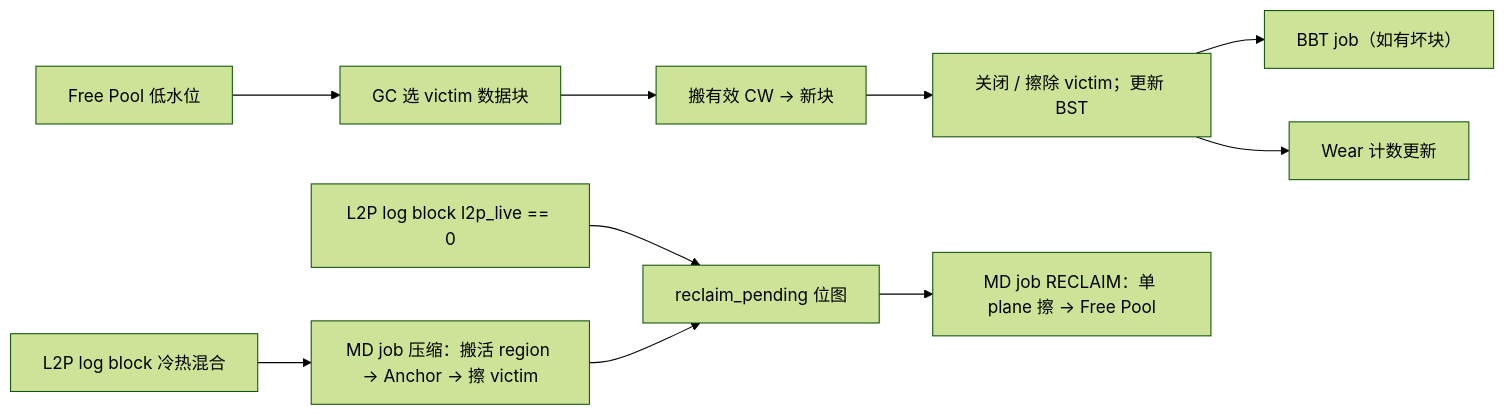
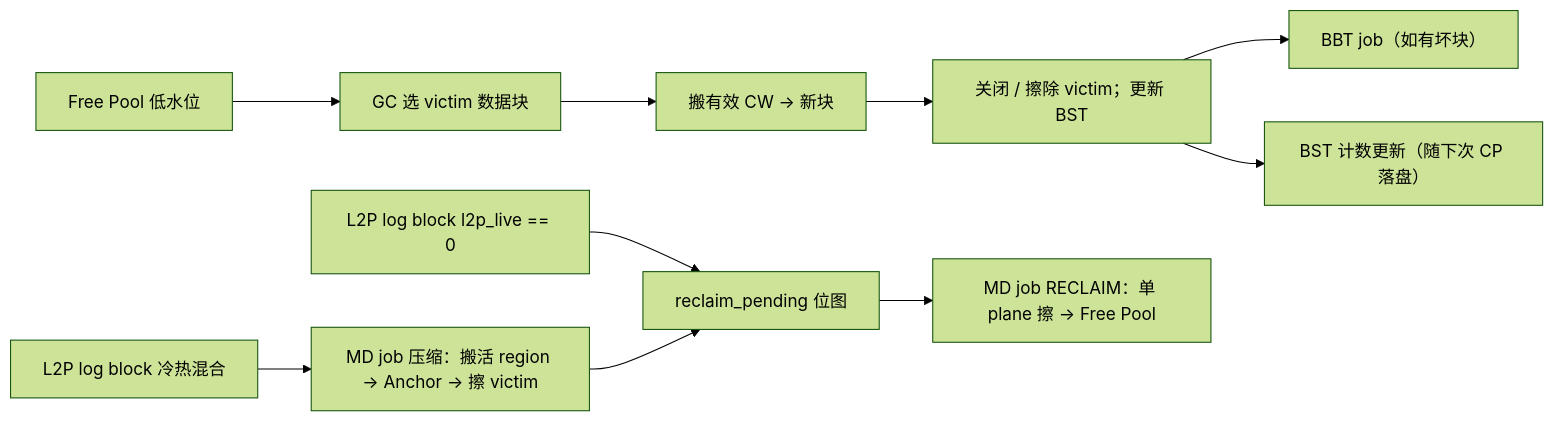
Before and after one commit to YzYMIAO/BASESSD: the fifth of 32 diagrams in docs/design/ftl_design.md, drawn with Mermaid (forest theme). The commit also changed other lines of this file and 26 other files, not shown here.

````diff
--- a/docs/design/ftl_design.md
+++ b/docs/design/ftl_design.md
@@ -814,12 +820,12 @@
 ```mermaid
 flowchart LR
     FP["Free Pool 低水位"] --> GC["GC 选 victim 数据块"]
     GC --> MV["搬有效 CW → 新块"]
     MV --> CL["关闭 / 擦除 victim；更新 BST"]
     CL --> BBTJ["BBT job（如有坏块）"]
-    CL --> WJ["Wear 计数更新"]
+    CL --> WJ["BST 计数更新（随下次 CP 落盘）"]
     L2P["L2P log block l2p_live == 0"] --> RP["reclaim_pending 位图"]
     RP --> RJ["MD job RECLAIM：单 plane 擦 → Free Pool"]
     COLD["L2P log block 冷热混合"] --> MC["MD job 压缩：搬活 region → Anchor → 擦 victim"]
     MC --> RP
 ```
````
